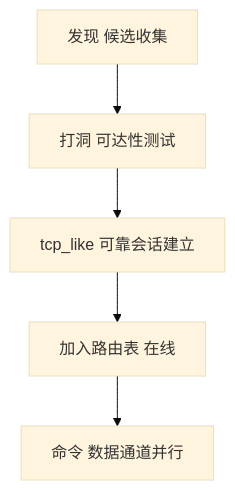
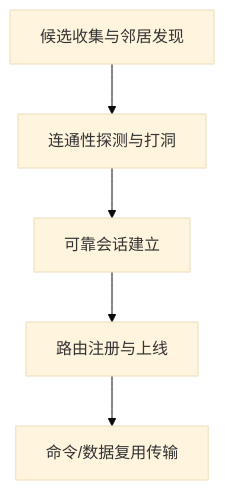
One commit to Cracken0/p2p-video-accelerator changed diagram 16 of 21 in paper.md. Above: the diagram before and after it, drawn with Mermaid (base theme). The commit also changed other lines of this file and 1 other file, not shown here.

````diff
--- a/paper.md
+++ b/paper.md
@@ -367,12 +371,7 @@
 ```mermaid
-graph TD;
-  DISC[发现 候选收集];
-  NAT[打洞 可达性测试];
-  REL[tcp_like 可靠会话建立];
-  REG[加入路由表 在线];
-  SYNC[命令 数据通道并行];
-  DISC --> NAT;
-  NAT --> REL;
-  REL --> REG;
-  REG --> SYNC;
+graph TD
+  DISC[候选收集与邻居发现] --> NAT[连通性探测与打洞]
+  NAT --> REL[可靠会话建立]
+  REL --> REG[路由注册与上线]
+  REG --> SYNC[命令/数据复用传输]
 ```
````
